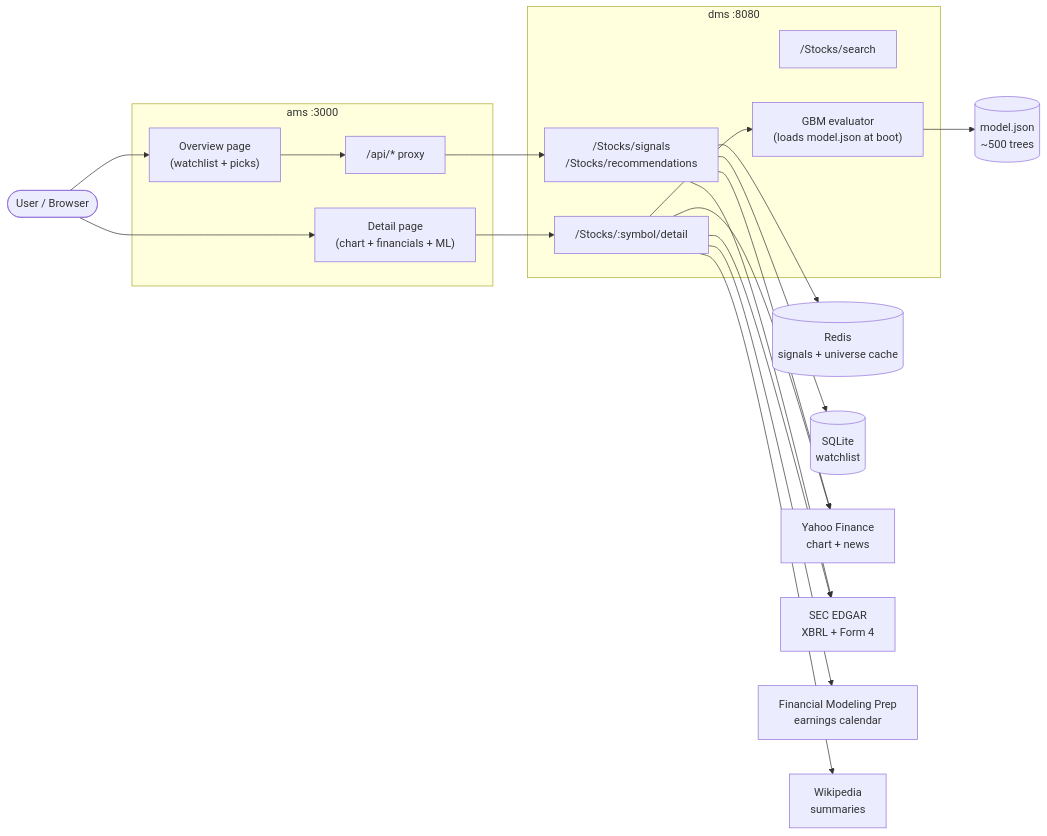
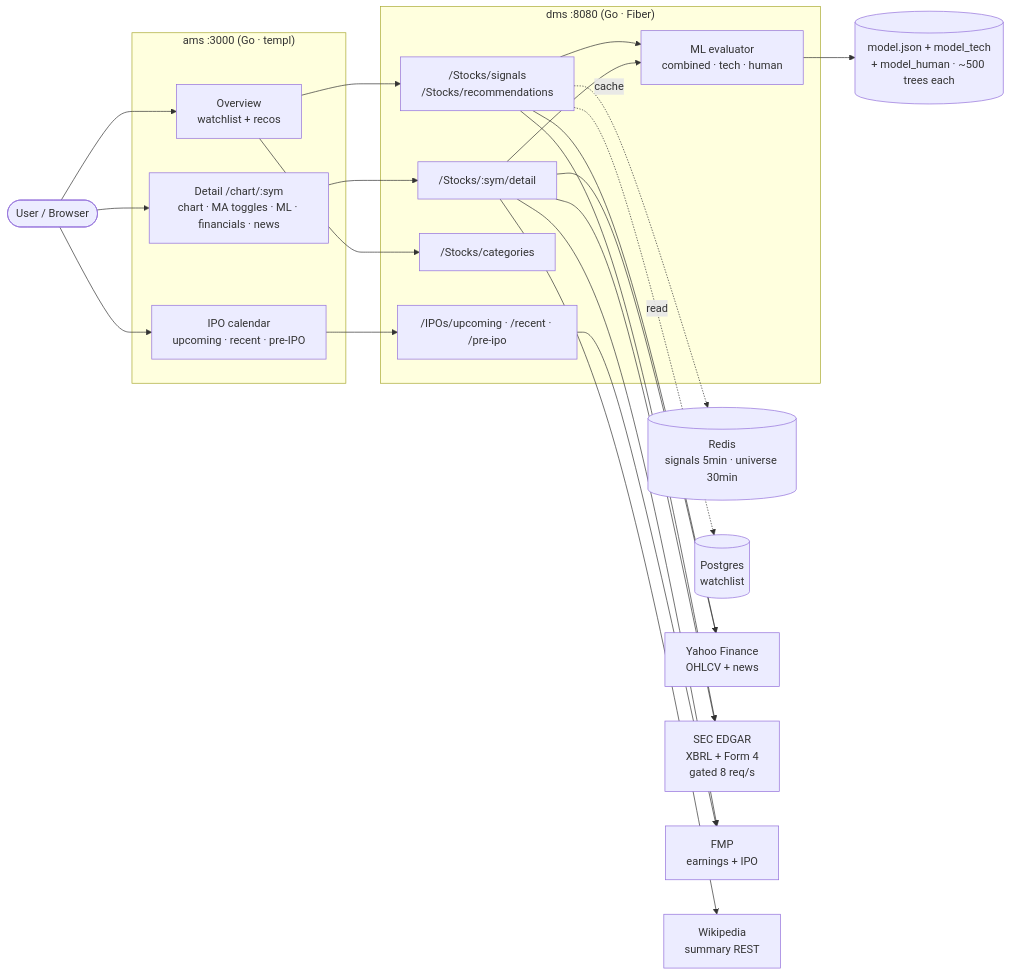
The first of 4 diagrams in README.md (NickChunglolz/stock-advisor-showcase), drawn with Mermaid before and after one commit. The commit also changed other lines of this file, not shown here.

First line of the commit message:
docs: refresh with current state — sub-models, cross-asset, training pipeline

````diff
--- a/README.md
+++ b/README.md
@@ -19,35 +20,38 @@
 ```mermaid
 flowchart LR
     User([User / Browser])
 
-    subgraph AMS["ams :3000"]
-        Overview["Overview page<br/>(watchlist + picks)"]
-        Detail["Detail page<br/>(chart + financials + ML)"]
-        Proxy["/api/* proxy"]
+    subgraph AMS["ams :3000 (Go · templ)"]
+        Overview["Overview<br/>watchlist + recos"]
+        Detail["Detail /chart/:sym<br/>chart · MA toggles · ML · financials · news"]
+        IPO["IPO calendar<br/>upcoming · recent · pre-IPO"]
     end
 
-    subgraph DMS["dms :8080"]
+    subgraph DMS["dms :8080 (Go · Fiber)"]
         Signals["/Stocks/signals<br/>/Stocks/recommendations"]
-        DetailAPI["/Stocks/:symbol/detail"]
-        Search["/Stocks/search"]
-        ML["GBM evaluator<br/>(loads model.json at boot)"]
+        DetailAPI["/Stocks/:sym/detail"]
+        Categories["/Stocks/categories"]
+        IPOAPI["/IPOs/upcoming · /recent · /pre-ipo"]
+        MLEval["ML evaluator<br/>combined · tech · human"]
     end
 
-    Redis[("Redis<br/>signals + universe cache")]
-    SQLite[("SQLite<br/>watchlist")]
-    Model[("model.json<br/>~500 trees")]
+    Redis[("Redis<br/>signals 5min · universe 30min")]
+    PG[("Postgres<br/>watchlist")]
+    Models[("model.json + model_tech<br/>+ model_human · ~500 trees each")]
 
-    Yahoo[Yahoo Finance<br/>chart + news]
-    SEC[SEC EDGAR<br/>XBRL + Form 4]
-    FMP[Financial Modeling Prep<br/>earnings calendar]
-    Wiki[Wikipedia<br/>summaries]
+    Yahoo[Yahoo Finance<br/>OHLCV + news]
+    SEC[SEC EDGAR<br/>XBRL + Form 4<br/>gated 8 req/s]
+    FMP[FMP<br/>earnings + IPO]
+    Wiki[Wikipedia<br/>summary REST]
 
-    User --> Overview & Detail
-    Overview --> Proxy --> Signals
+    User --> Overview & Detail & IPO
+    Overview --> Signals & Categories
     Detail --> DetailAPI
-    Signals --> Yahoo & SEC
-    DetailAPI --> Yahoo & SEC & FMP & Wiki & ML
-    Signals --> Redis
-    Signals --> SQLite
-    ML --> Model
+    IPO --> IPOAPI
+    Signals --> Yahoo & SEC & MLEval
+    DetailAPI --> Yahoo & SEC & FMP & Wiki & MLEval
+    IPOAPI --> FMP
+    Signals -.cache.-> Redis
+    Signals -.read.-> PG
+    MLEval --> Models
 ```
````
